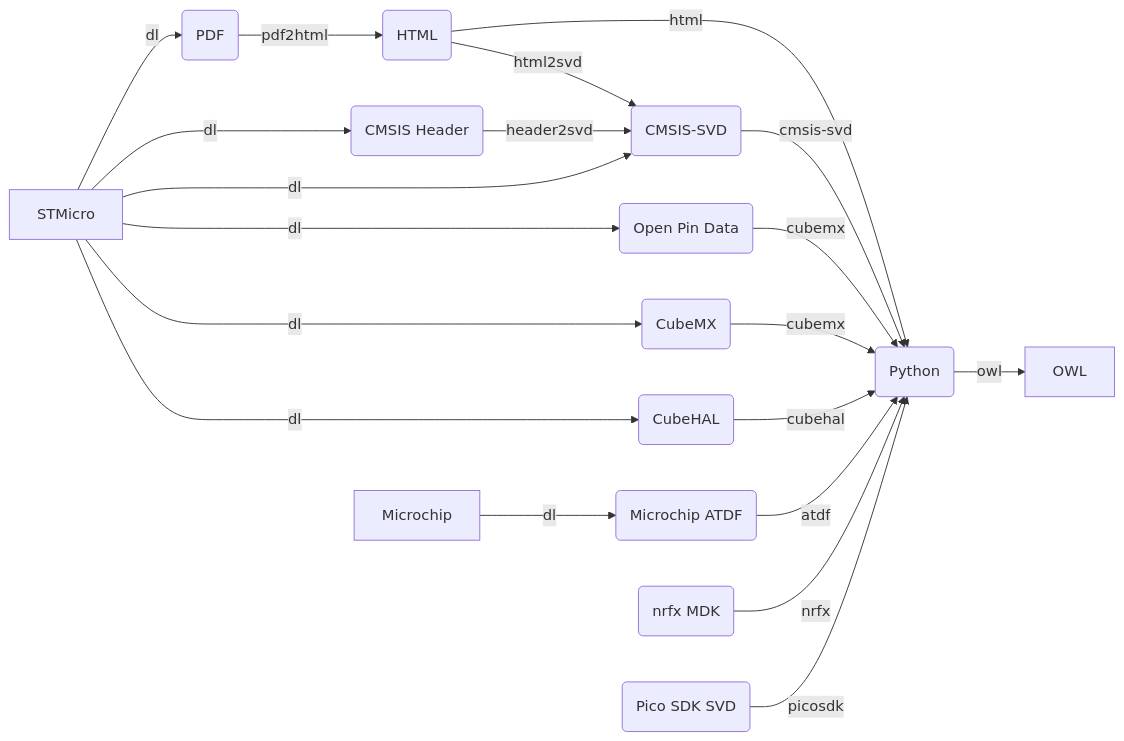
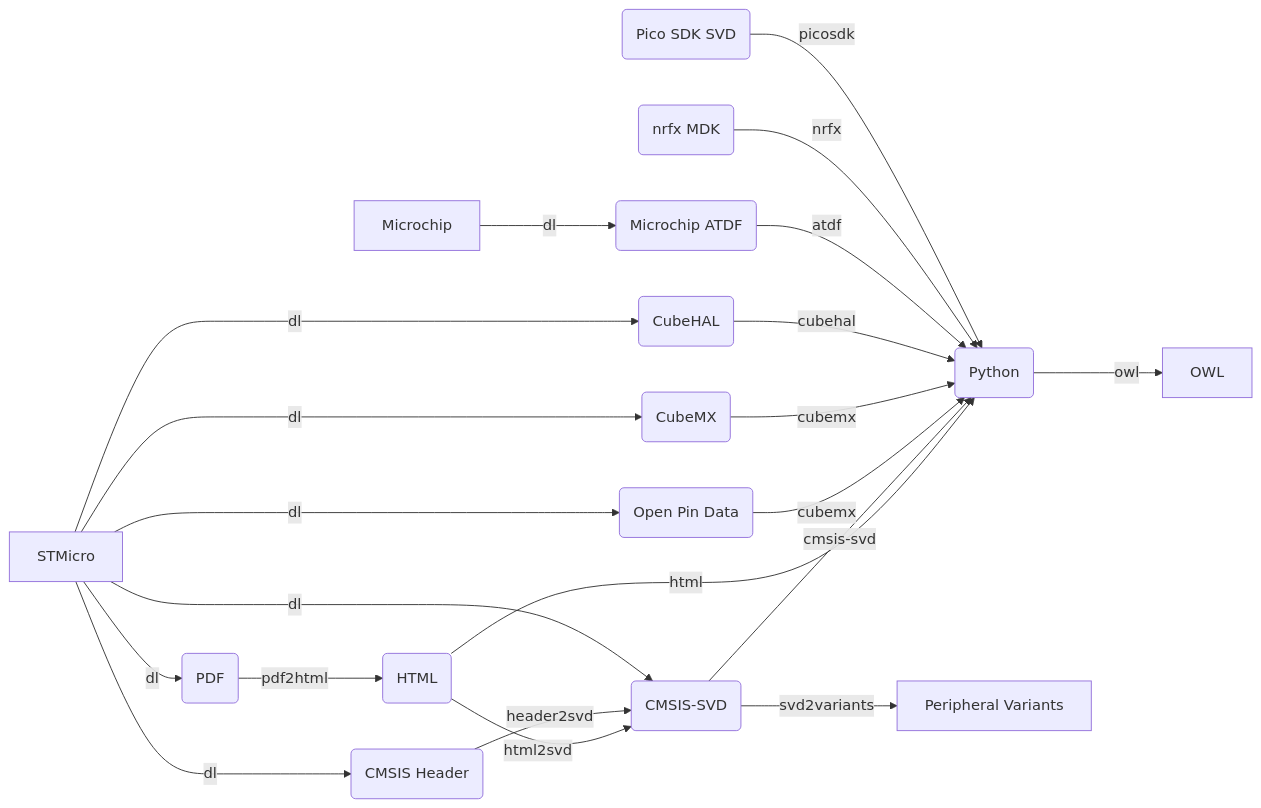
One commit to modm-io/modm-data changed the diagram in README.md. Above: the diagram before and after it, drawn with Mermaid. The commit also changed 6 other files, not shown here.

First line of the commit message:
[docs] Publish the peripheral variants with the Variant Explorer

````diff
--- a/README.md
+++ b/README.md
@@ -52,23 +52,25 @@
 ```mermaid
 flowchart LR
     A(PDF) -->|pdf2html| B
     B -->|html2svd| D
     B(HTML) -->|html| C
     C(Python) -->|owl| E
     D(CMSIS-SVD) -->|cmsis-svd| C
+    D -->|svd2variants| K
     E[OWL]
+    K[Peripheral Variants]
     F(CMSIS Header) -->|header2svd| D
     I(Open Pin Data) -->|cubemx| C
     G(CubeMX) -->|cubemx| C
     H(CubeHAL) -->|cubehal| C
     J -->|dl| A
     J -->|dl| F
     J -->|dl| G
     J -->|dl| H
     J -->|dl| I
     J[STMicro] -->|dl| D
     L(Microchip ATDF) -->|atdf| C
     M(nrfx MDK) -->|nrfx| C
     N(Pico SDK SVD) -->|picosdk| C
     O[Microchip] -->|dl| L
 ```
````
